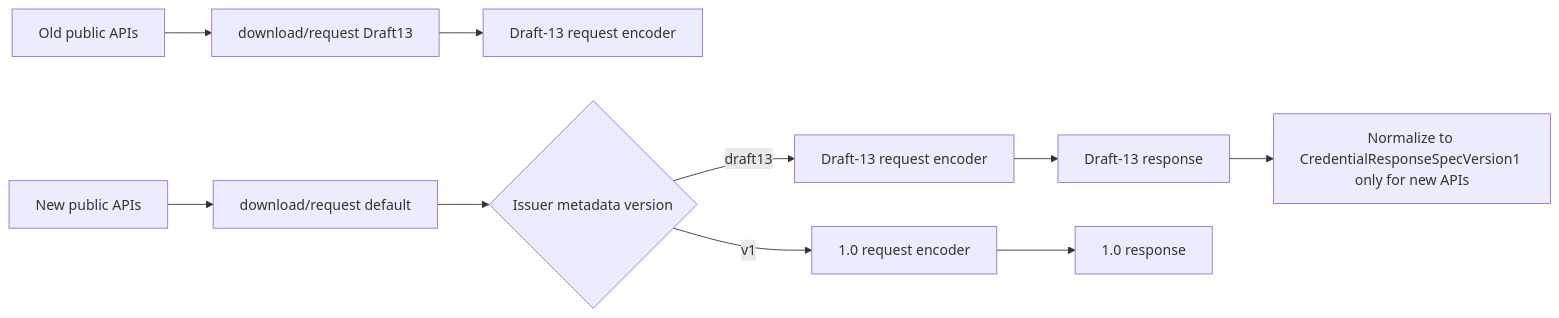
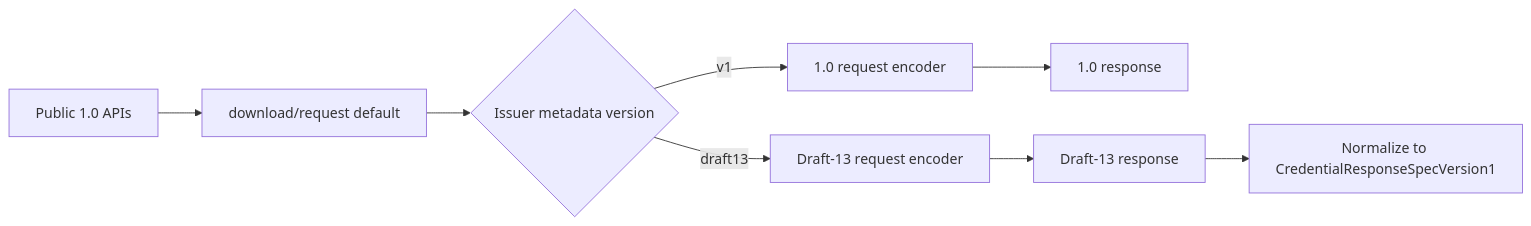
The second of 4 diagrams in docs/adr/0001-openid4vci-v1-migration.md (inji/inji-vci-client-ios-swift), drawn with Mermaid before and after one commit. The commit also changed other lines of this file and 5 other files, not shown here.

Commit message:
Remove legacy public VCIClient APIs for 1.0.0

````diff
--- a/docs/adr/0001-openid4vci-v1-migration.md
+++ b/docs/adr/0001-openid4vci-v1-migration.md
@@ -160,16 +126,14 @@
 ```mermaid
 flowchart LR
-    A[Old public APIs] --> B[download/request Draft13]
-    C[New public APIs] --> D[download/request default]
+    A[Public 1.0 APIs] --> B[download/request default]
 
-    B --> E[Draft-13 request encoder]
-    D --> F{Issuer metadata version}
+    B --> C{Issuer metadata version}
 
-    F -->|v1| G[1.0 request encoder]
-    F -->|draft13| H[Draft-13 request encoder]
+    C -->|v1| D[1.0 request encoder]
+    C -->|draft13| E[Draft-13 request encoder]
 
-    H --> I[Draft-13 response]
-    G --> J[1.0 response]
+    D --> F[1.0 response]
+    E --> G[Draft-13 response]
 
-    I --> K[Normalize to CredentialResponseSpecVersion1 only for new APIs]
+    G --> H[Normalize to CredentialResponseSpecVersion1]
 ```
````
